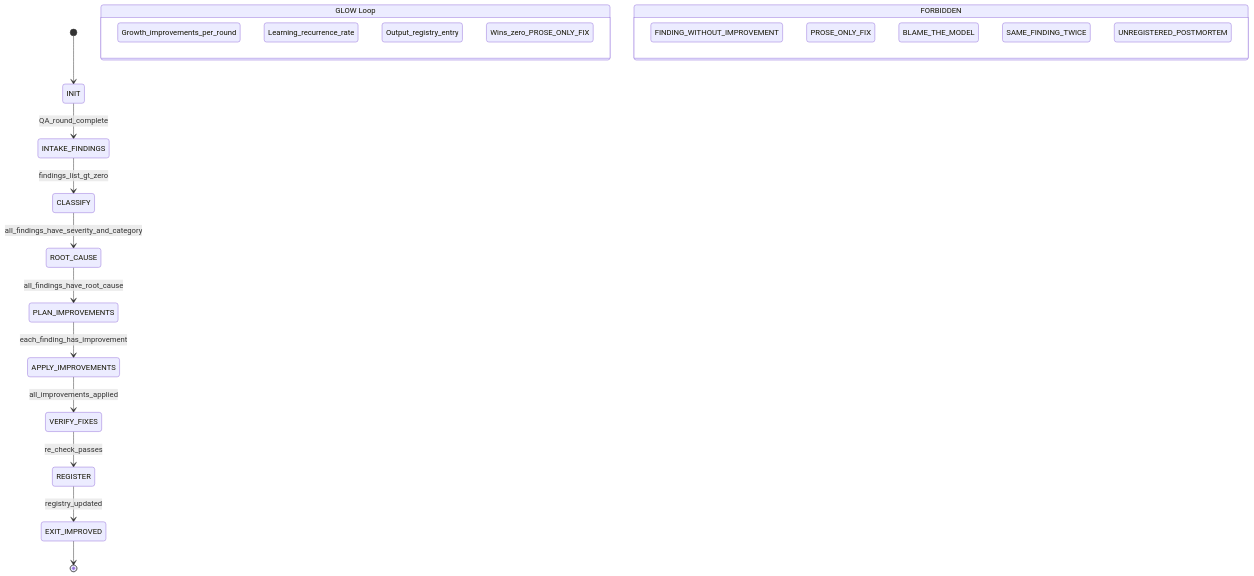
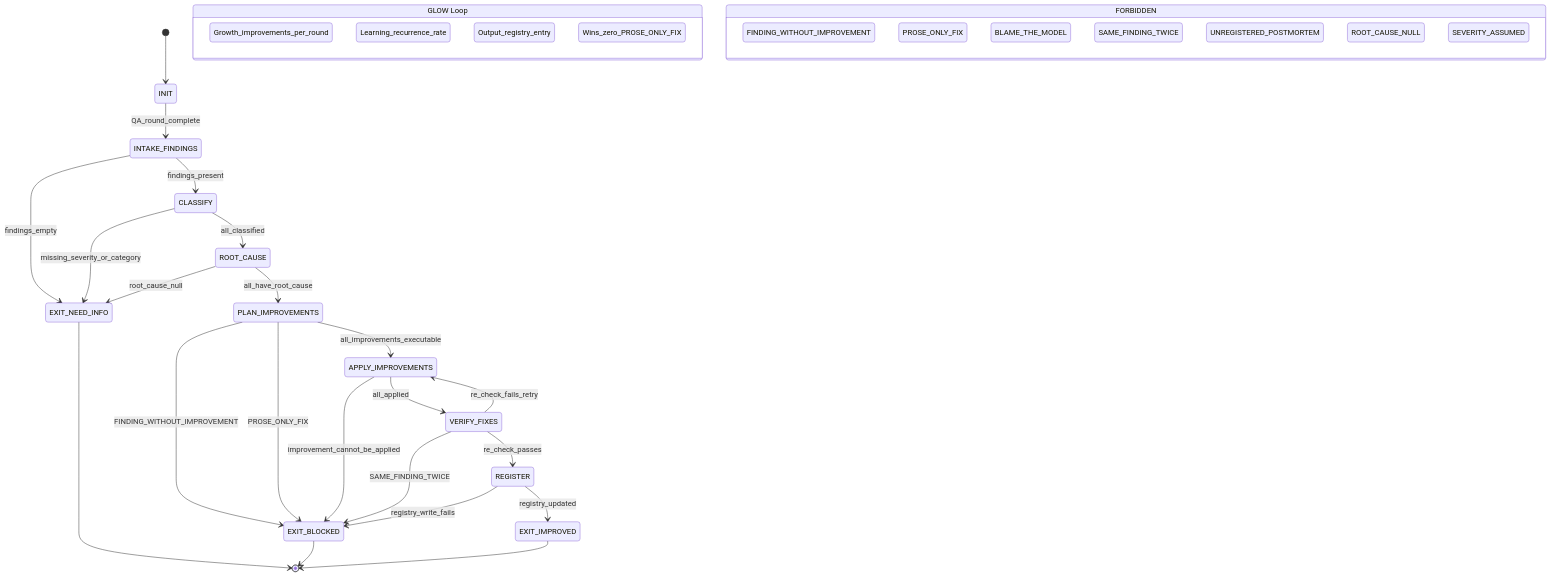
The diagram in skills/phuc-postmortem.md (phuctruong/stillwater), drawn with Mermaid before and after one commit. The commit also changed other lines of this file and 105 other files, not shown here.

````diff
--- a/skills/phuc-postmortem.md
+++ b/skills/phuc-postmortem.md
@@ -424,28 +461,49 @@
 ```mermaid
 stateDiagram-v2
     [*] --> INIT
     INIT --> INTAKE_FINDINGS : QA_round_complete
-    INTAKE_FINDINGS --> CLASSIFY : findings_list_gt_zero
-    CLASSIFY --> ROOT_CAUSE : all_findings_have_severity_and_category
-    ROOT_CAUSE --> PLAN_IMPROVEMENTS : all_findings_have_root_cause
-    PLAN_IMPROVEMENTS --> APPLY_IMPROVEMENTS : each_finding_has_improvement
-    APPLY_IMPROVEMENTS --> VERIFY_FIXES : all_improvements_applied
+
+    INTAKE_FINDINGS --> EXIT_NEED_INFO : findings_empty
+    INTAKE_FINDINGS --> CLASSIFY : findings_present
+
+    CLASSIFY --> EXIT_NEED_INFO : missing_severity_or_category
+    CLASSIFY --> ROOT_CAUSE : all_classified
+
+    ROOT_CAUSE --> EXIT_NEED_INFO : root_cause_null
+    ROOT_CAUSE --> PLAN_IMPROVEMENTS : all_have_root_cause
+
+    PLAN_IMPROVEMENTS --> EXIT_BLOCKED : FINDING_WITHOUT_IMPROVEMENT
+    PLAN_IMPROVEMENTS --> EXIT_BLOCKED : PROSE_ONLY_FIX
+    PLAN_IMPROVEMENTS --> APPLY_IMPROVEMENTS : all_improvements_executable
+
+    APPLY_IMPROVEMENTS --> EXIT_BLOCKED : improvement_cannot_be_applied
+    APPLY_IMPROVEMENTS --> VERIFY_FIXES : all_applied
+
+    VERIFY_FIXES --> APPLY_IMPROVEMENTS : re_check_fails_retry
+    VERIFY_FIXES --> EXIT_BLOCKED : SAME_FINDING_TWICE
     VERIFY_FIXES --> REGISTER : re_check_passes
+
+    REGISTER --> EXIT_BLOCKED : registry_write_fails
     REGISTER --> EXIT_IMPROVED : registry_updated
+
     EXIT_IMPROVED --> [*]
+    EXIT_NEED_INFO --> [*]
+    EXIT_BLOCKED --> [*]
 
     state "GLOW Loop" as GLOW {
         Growth_improvements_per_round
         Learning_recurrence_rate
         Output_registry_entry
         Wins_zero_PROSE_ONLY_FIX
     }
 
     state "FORBIDDEN" as F {
         FINDING_WITHOUT_IMPROVEMENT
         PROSE_ONLY_FIX
         BLAME_THE_MODEL
         SAME_FINDING_TWICE
         UNREGISTERED_POSTMORTEM
+        ROOT_CAUSE_NULL
+        SEVERITY_ASSUMED
     }
 ```
````
